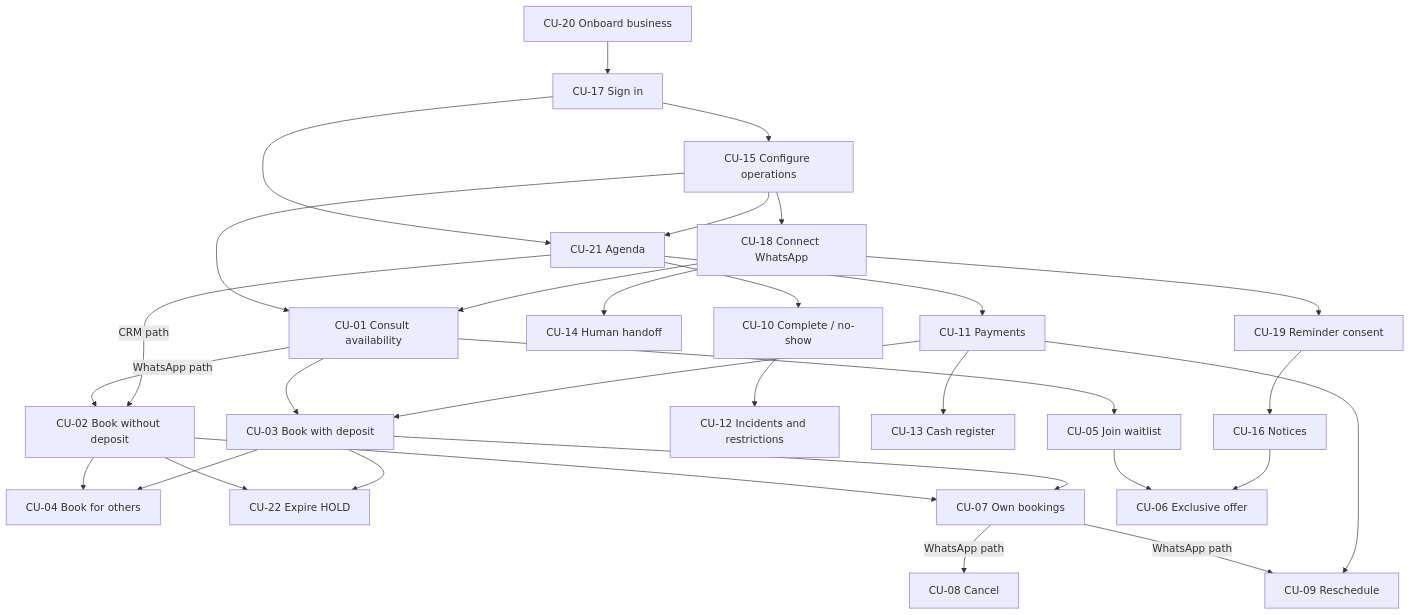
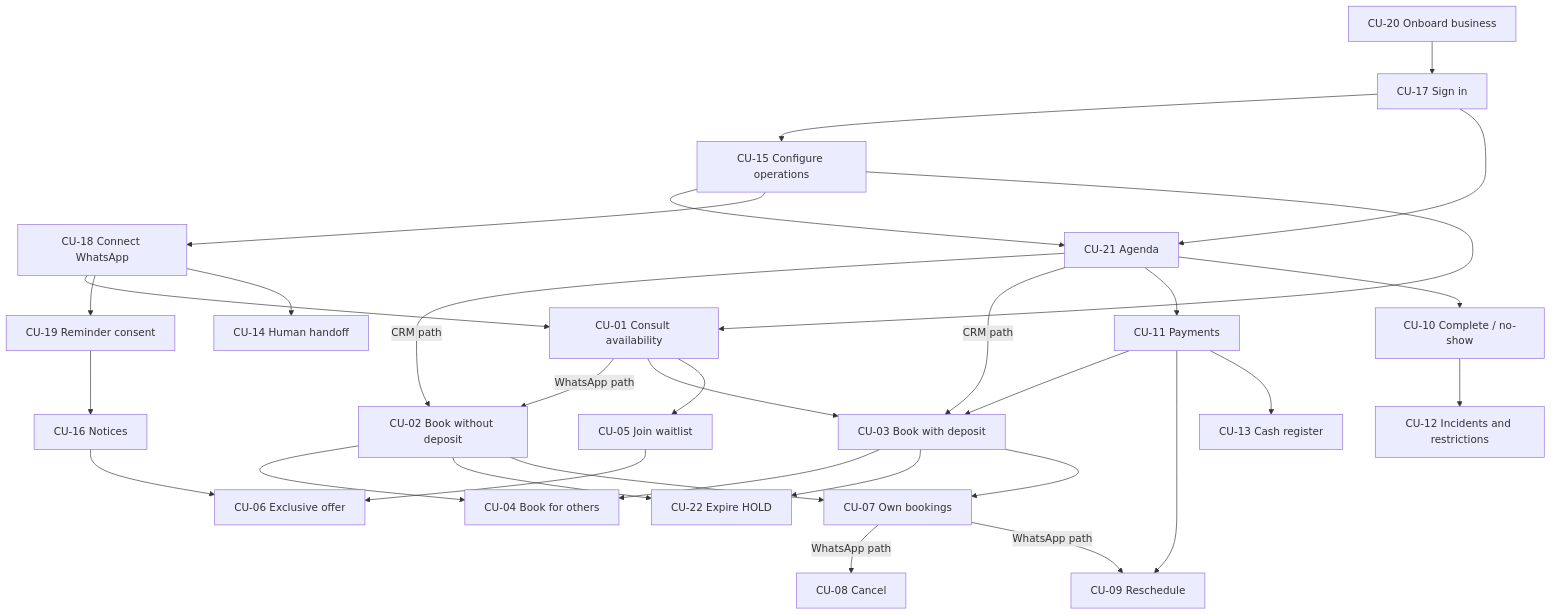
One commit to nanonoir/Agendoxa changed the second of 2 diagrams in docs/product-specs/uc-02/use-cases.md. Above: the diagram before and after it, drawn with Mermaid. The commit also changed other lines of this file and 2 other files, not shown here.

````diff
--- a/docs/product-specs/uc-02/use-cases.md
+++ b/docs/product-specs/uc-02/use-cases.md
@@ -160,33 +160,34 @@
 ```mermaid
 flowchart TD
     CU20[CU-20 Onboard business] --> CU17[CU-17 Sign in]
     CU17 --> CU15[CU-15 Configure operations]
     CU17 --> CU21[CU-21 Agenda]
     CU15 --> CU21
     CU15 --> CU18[CU-18 Connect WhatsApp]
     CU15 --> CU01[CU-01 Consult availability]
     CU18 --> CU01
     CU18 --> CU19[CU-19 Reminder consent]
     CU18 --> CU14[CU-14 Human handoff]
     CU01 -->|WhatsApp path| CU02[CU-02 Book without deposit]
     CU21 -->|CRM path| CU02
     CU01 --> CU03[CU-03 Book with deposit]
+    CU21 -->|CRM path| CU03
     CU11[CU-11 Payments] --> CU03
     CU21 --> CU11
     CU02 --> CU04[CU-04 Book for others]
     CU03 --> CU04
     CU02 --> CU22[CU-22 Expire HOLD]
     CU03 --> CU22
     CU02 --> CU07[CU-07 Own bookings]
     CU03 --> CU07
     CU07 -->|WhatsApp path| CU08[CU-08 Cancel]
     CU07 -->|WhatsApp path| CU09[CU-09 Reschedule]
     CU11 --> CU09
     CU21 --> CU10[CU-10 Complete / no-show]
     CU10 --> CU12[CU-12 Incidents and restrictions]
     CU11 --> CU13[CU-13 Cash register]
     CU19 --> CU16[CU-16 Notices]
     CU01 --> CU05[CU-05 Join waitlist]
     CU05 --> CU06[CU-06 Exclusive offer]
     CU16 --> CU06
 ```
````
